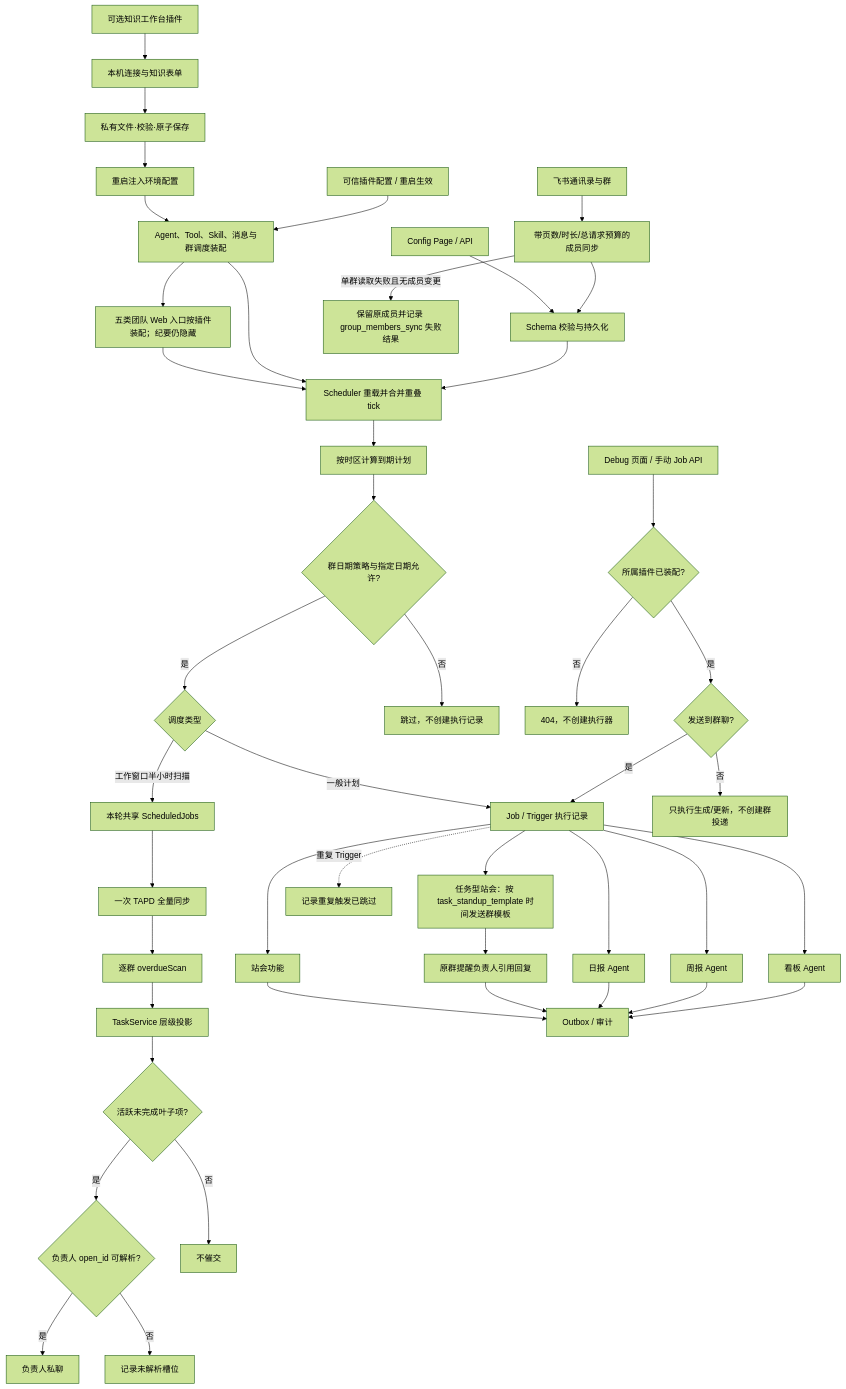
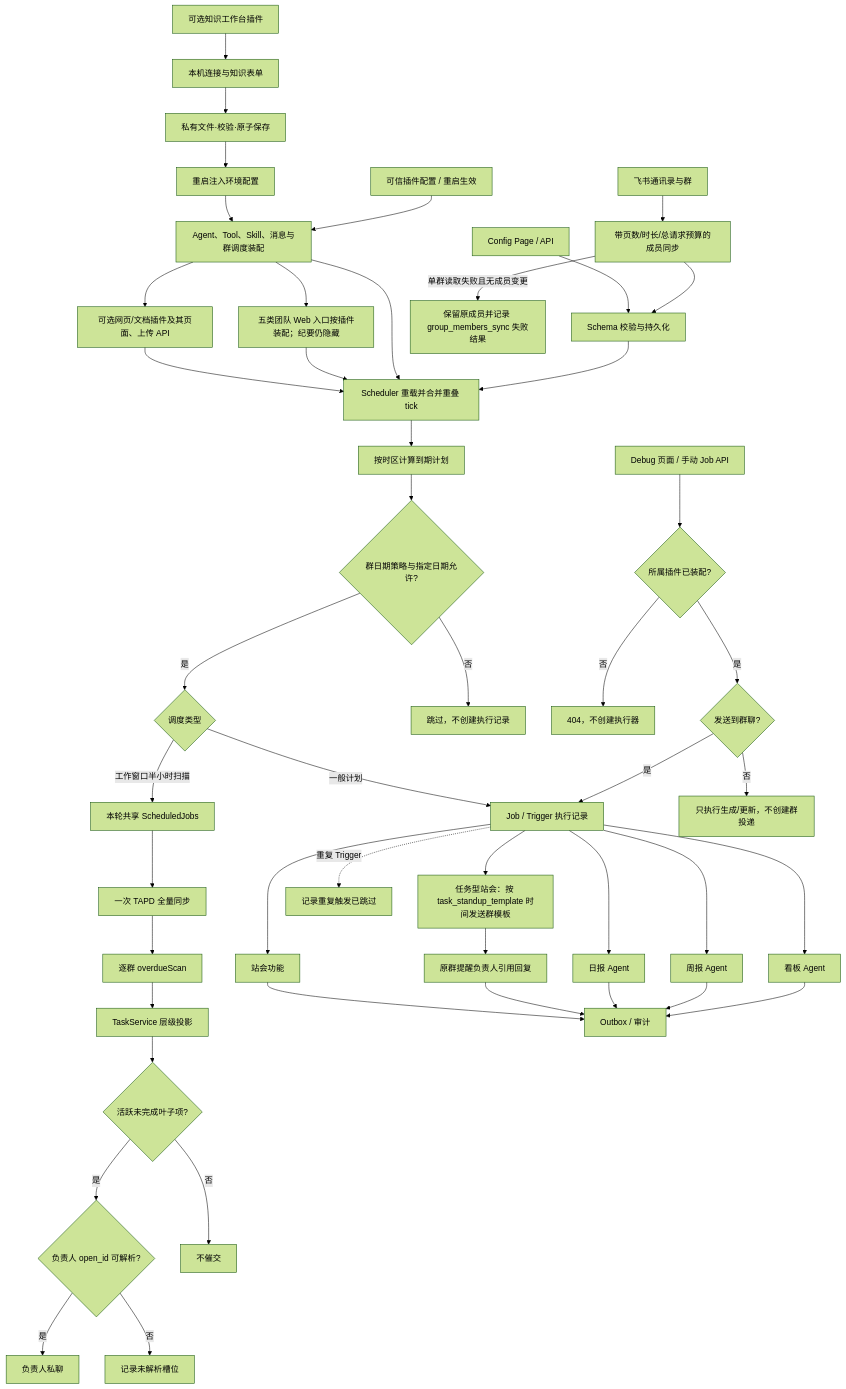
The diagram in backend/src/core/configuration-scheduling/FEATURE.md (KlayPeter/AI-Delivery-Ops-Agent), drawn with Mermaid (forest theme) before and after one commit. The commit also changed other lines of this file and 33 other files, not shown here.

````diff
--- a/backend/src/core/configuration-scheduling/FEATURE.md
+++ b/backend/src/core/configuration-scheduling/FEATURE.md
@@ -21,47 +21,49 @@
 ```mermaid
 flowchart TD
     KWP[可选知识工作台插件] --> LC[本机连接与知识表单]
     LC --> LF[私有文件·校验·原子保存]
     LF --> BOOT[重启注入环境配置]
     BOOT --> PH
     PC["可信插件配置 / 重启生效"] --> PH["Agent、Tool、Skill、消息与群调度装配"]
+    PH --> COL[可选网页/文档插件及其页面、上传 API]
+    COL --> E
     PH --> VIS[五类团队 Web 入口按插件装配；纪要仍隐藏]
     VIS --> E
     PH --> E
     A["Config Page / API"] --> B["Schema 校验与持久化"]
     C["飞书通讯录与群"] --> D["带页数/时长/总请求预算的成员同步"]
     D --> B
     D -- 单群读取失败且无成员变更 --> MSFAIL[保留原成员并记录 group_members_sync 失败结果]
     B --> E["Scheduler 重载并合并重叠 tick"]
     E --> F["按时区计算到期计划"]
     F --> HC{"群日期策略与指定日期允许?"}
     HC -- "是" --> L{"调度类型"}
     HC -- "否" --> HS["跳过，不创建执行记录"]
     L -- "一般计划" --> G["Job / Trigger 执行记录"]
     L -- "工作窗口半小时扫描" --> S["本轮共享 ScheduledJobs"]
     S --> T["一次 TAPD 全量同步"]
     T --> M["逐群 overdueScan"]
     M --> P["TaskService 层级投影"]
     P --> Q{"活跃未完成叶子项?"}
     Q -- "是" --> V{"负责人 open_id 可解析?"}
     Q -- "否" --> R["不催交"]
     V -- "是" --> N["负责人私聊"]
     V -- "否" --> U["记录未解析槽位"]
     G --> H["站会功能"]
     G --> I["日报 Agent"]
     G --> W["周报 Agent"]
     G --> J["看板 Agent"]
     D2["Debug 页面 / 手动 Job API"] --> OWNER{所属插件已装配?}
     OWNER -- 否 --> REJECT[404，不创建执行器]
     OWNER -- 是 --> G2{"发送到群聊?"}
     G2 -- "是" --> G
     G2 -- "否" --> U2["只执行生成/更新，不创建群投递"]
     H --> K["Outbox / 审计"]
     G --> TS["任务型站会：按 task_standup_template 时间发送群模板"]
     TS --> TR["原群提醒负责人引用回复"]
     TR --> K
     I --> K
     W --> K
     J --> K
     G -. "重复 Trigger" .-> X["记录重复触发已跳过"]
 ```
````
